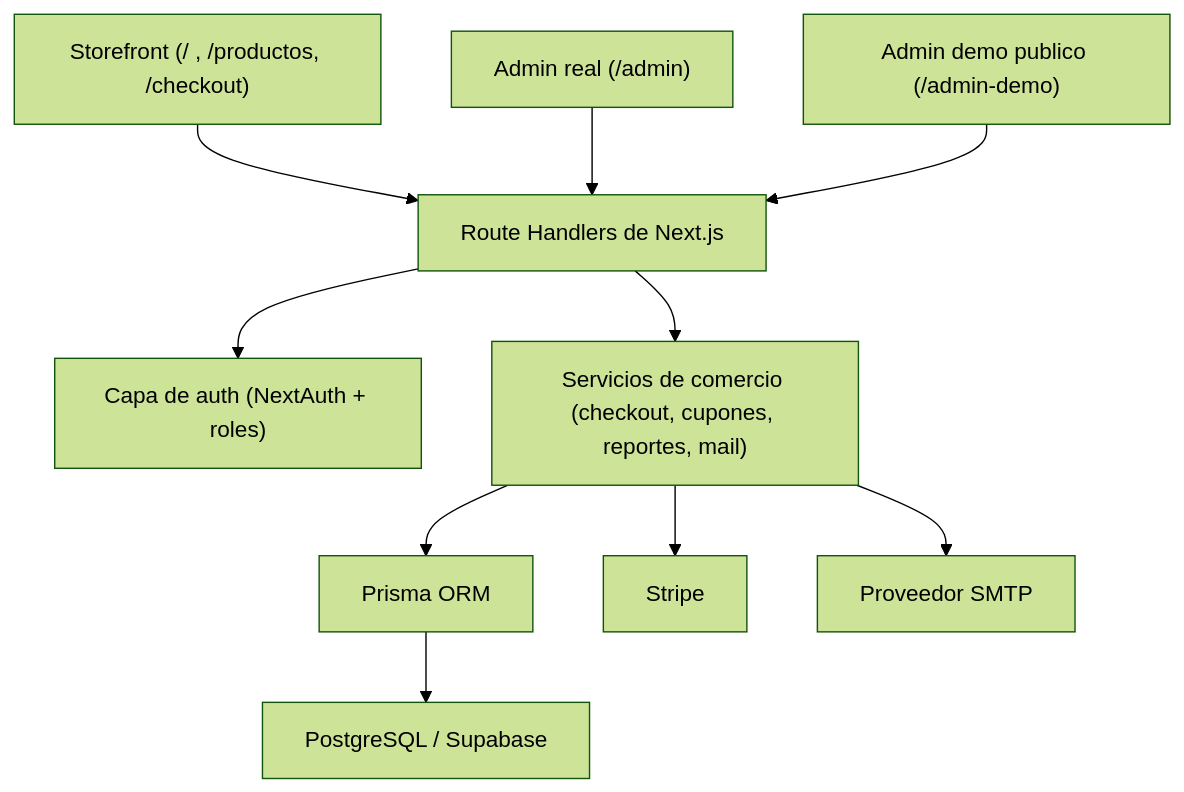
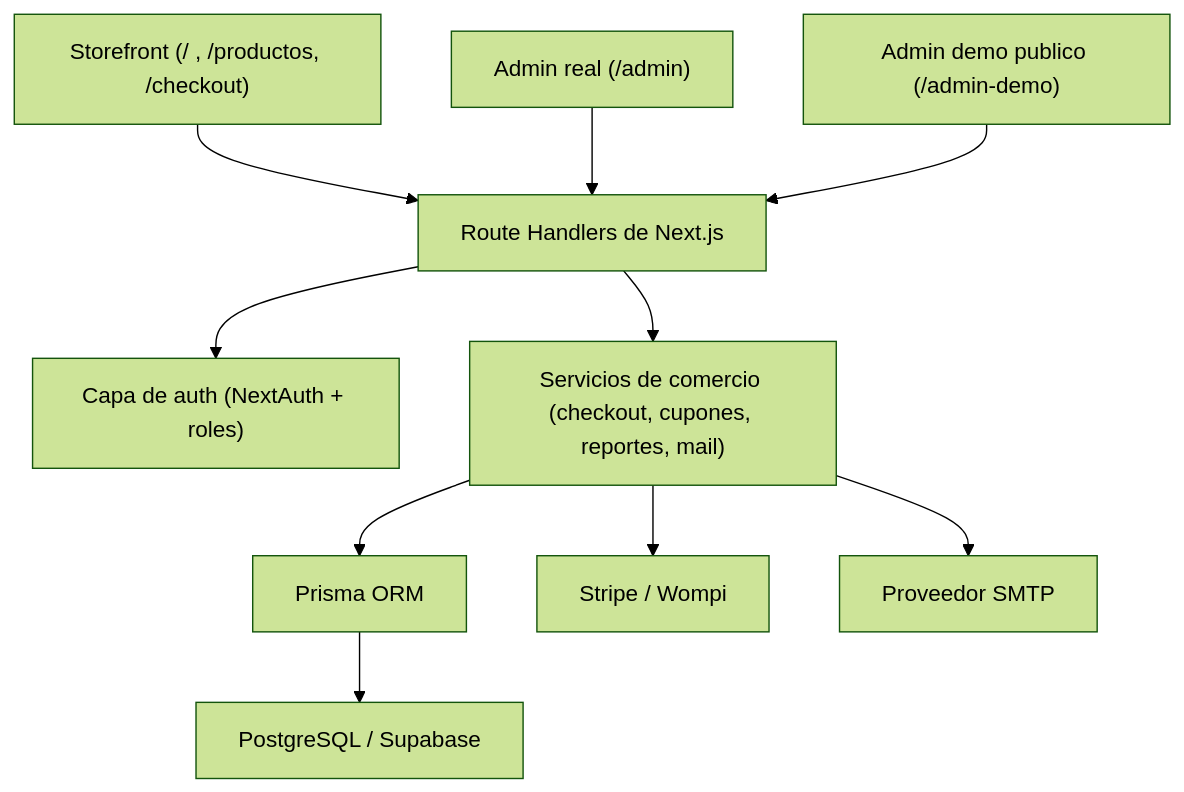
The diagram in README.dev.es.md (samldavid/lilcake), drawn with Mermaid (forest theme) before and after one commit. The commit also changed other lines of this file and 23 other files, not shown here.

````diff
--- a/README.dev.es.md
+++ b/README.dev.es.md
@@ -51,23 +51,23 @@
 ```mermaid
 graph TB
     A["Storefront (/ , /productos, /checkout)"]
     B["Admin real (/admin)"]
     C["Admin demo publico (/admin-demo)"]
     D["Route Handlers de Next.js"]
     E["Capa de auth (NextAuth + roles)"]
     F["Servicios de comercio (checkout, cupones, reportes, mail)"]
     G["Prisma ORM"]
     H["PostgreSQL / Supabase"]
-    I["Stripe"]
+    I["Stripe / Wompi"]
     J["Proveedor SMTP"]
 
     A --> D
     B --> D
     C --> D
     D --> E
     D --> F
     F --> G
     G --> H
     F --> I
     F --> J
 ```
````
